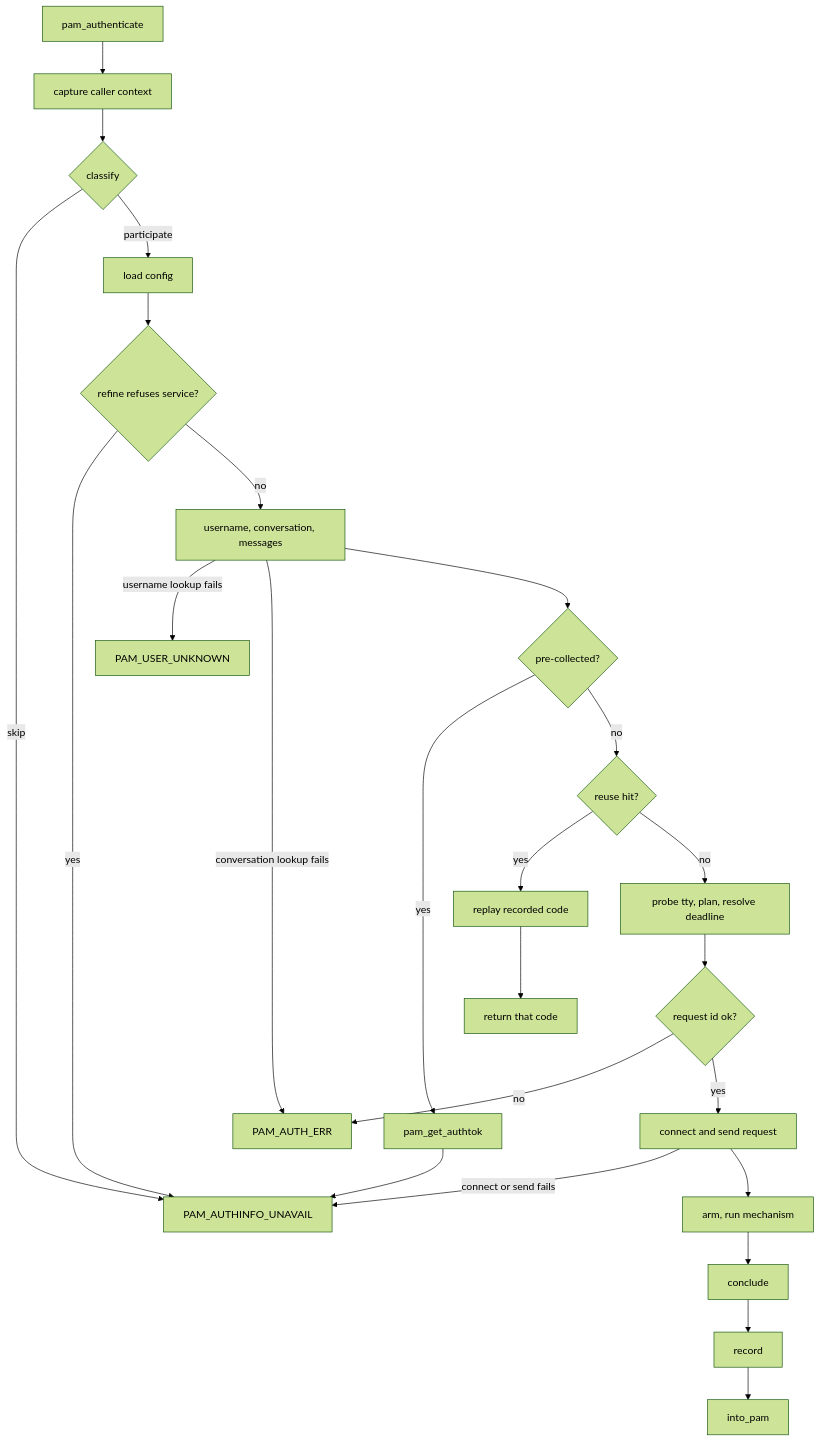
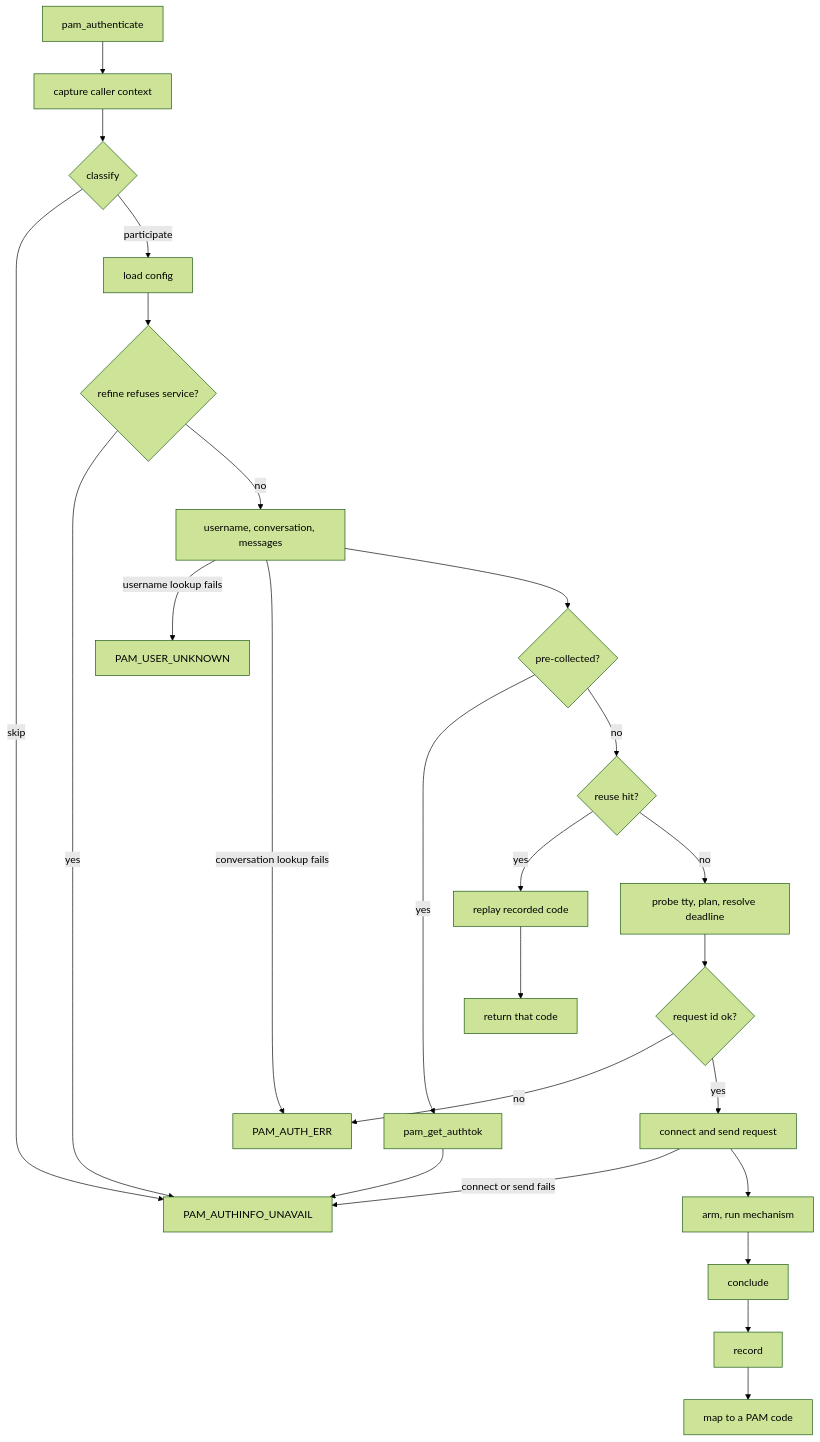
One commit to Lolle2000la/tapauth changed the second of 7 diagrams in docs/design-documents/pam-conversation-policy.md. Above: the diagram before and after it, drawn with Mermaid (forest theme). The commit also changed other lines of this file and 1 other file, not shown here.

First line of the commit message:
docs: move the client-pam code map into the crate docs

````diff
--- a/docs/design-documents/pam-conversation-policy.md
+++ b/docs/design-documents/pam-conversation-policy.md
@@ -134,27 +67,27 @@
 ```mermaid
 flowchart TD
     A[pam_authenticate] --> B[capture caller context]
     B --> C{classify}
     C -- skip --> K[PAM_AUTHINFO_UNAVAIL]
     C -- participate --> D[load config]
     D --> E{refine refuses service?}
     E -- yes --> K
     E -- no --> F[username, conversation, messages]
     F -- username lookup fails --> Z[PAM_USER_UNKNOWN]
     F -- conversation lookup fails --> Y[PAM_AUTH_ERR]
     F --> G{pre-collected?}
     G -- yes --> H[pam_get_authtok]
     H --> K
     G -- no --> I{reuse hit?}
     I -- yes --> J[replay recorded code]
     J --> R[return that code]
     I -- no --> L[probe tty, plan, resolve deadline]
     L --> N2{request id ok?}
     N2 -- no --> Y
     N2 -- yes --> M[connect and send request]
     M -- connect or send fails --> K
     M --> N[arm, run mechanism]
     N --> O[conclude]
     O --> P[record]
-    P --> Q[into_pam]
+    P --> Q[map to a PAM code]
 ```
````
